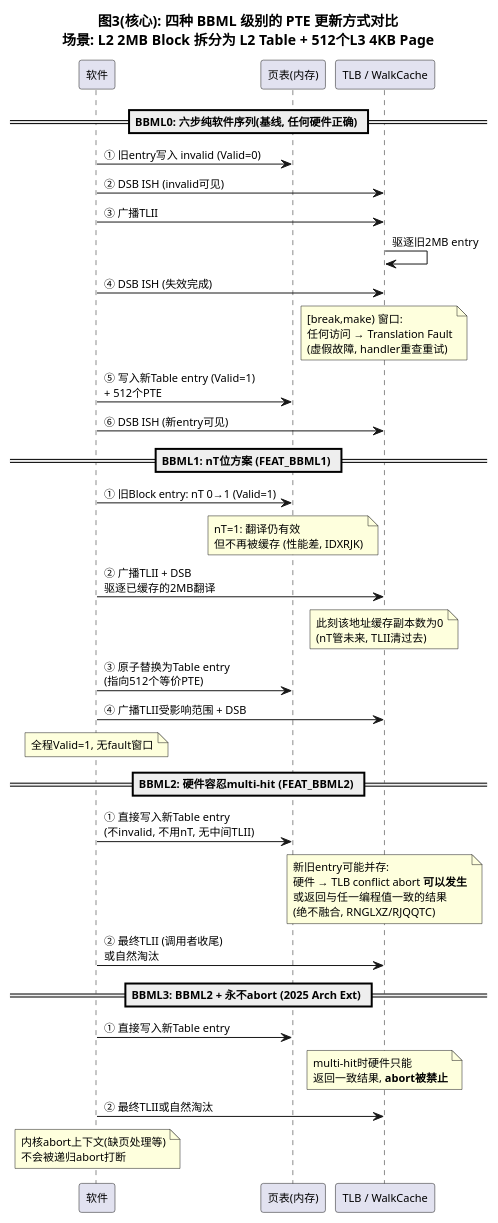
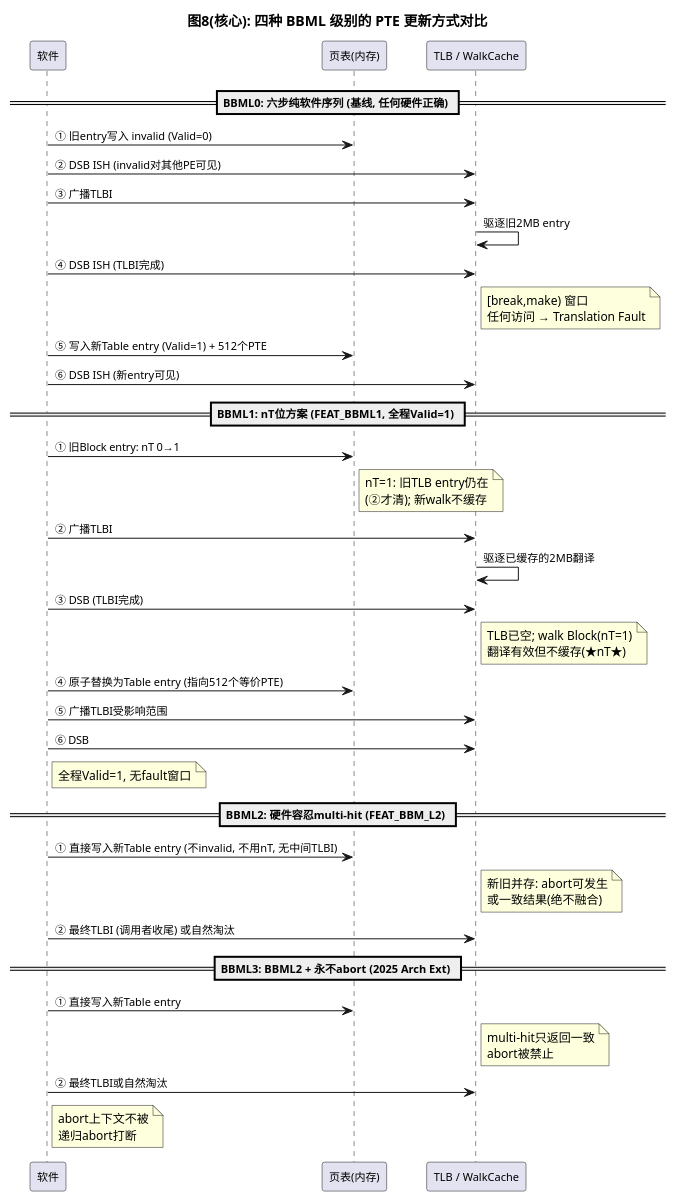
One commit to AkiraZheng/AkiraZheng.github.io changed the ninth of 13 diagrams in source/_posts/ARM64-BBML源码分析-BBML0-BBML3.md. Above: the diagram before and after it, drawn with PlantUML. The commit also changed other lines of this file and 4 other files, not shown here.

````diff
--- a/source/_posts/ARM64-BBML源码分析-BBML0-BBML3.md
+++ b/source/_posts/ARM64-BBML源码分析-BBML0-BBML3.md
@@ -454,45 +899,50 @@
 ```plantuml
 @startuml
 skinparam backgroundColor white
 skinparam defaultFontSize 11
-title 图3(核心): 四种 BBML 级别的 PTE 更新方式对比\n场景: L2 2MB Block 拆分为 L2 Table + 512个L3 4KB Page
+skinparam noteFontSize 12
+skinparam ParticipantPadding 15
+title 图8(核心): 四种 BBML 级别的 PTE 更新方式对比
 
 participant "软件" as SW
 participant "页表(内存)" as PT
 participant "TLB / WalkCache" as TLB
 
-== BBML0: 六步纯软件序列(基线, 任何硬件正确) ==
+== BBML0: 六步纯软件序列 (基线, 任何硬件正确) ==
 
 SW -> PT : ① 旧entry写入 invalid (Valid=0)
-SW -> TLB : ② DSB ISH (invalid可见)
-SW -> TLB : ③ 广播TLII
+SW -> TLB : ② DSB ISH (invalid对其他PE可见)
+SW -> TLB : ③ 广播TLBI
 TLB -> TLB : 驱逐旧2MB entry
-SW -> TLB : ④ DSB ISH (失效完成)
-note over TLB : [break,make) 窗口:\n任何访问 → Translation Fault\n(虚假故障, handler重查重试)
-SW -> PT : ⑤ 写入新Table entry (Valid=1)\n+ 512个PTE
+SW -> TLB : ④ DSB ISH (TLBI完成)
+note right of TLB : [break,make) 窗口\n任何访问 → Translation Fault
+SW -> PT : ⑤ 写入新Table entry (Valid=1) + 512个PTE
 SW -> TLB : ⑥ DSB ISH (新entry可见)
 
-== BBML1: nT位方案 (FEAT_BBML1) ==
+== BBML1: nT位方案 (FEAT_BBML1, 全程Valid=1) ==
 
-SW -> PT : ① 旧Block entry: nT 0→1 (Valid=1)
-note over PT : nT=1: 翻译仍有效\n但不再被缓存 (性能差, IDXRJK)
-SW -> TLB : ② 广播TLII + DSB\n驱逐已缓存的2MB翻译
-note over TLB : 此刻该地址缓存副本数为0\n(nT管未来, TLII清过去)
-SW -> PT : ③ 原子替换为Table entry\n(指向512个等价PTE)
-SW -> TLB : ④ 广播TLII受影响范围 + DSB
-note over SW : 全程Valid=1, 无fault窗口
+SW -> PT : ① 旧Block entry: nT 0→1
+note right of PT : nT=1: 旧TLB entry仍在\n(②才清); 新walk不缓存
+SW -> TLB : ② 广播TLBI
+TLB -> TLB : 驱逐已缓存的2MB翻译
+SW -> TLB : ③ DSB (TLBI完成)
+note right of TLB : TLB已空; walk Block(nT=1)\n翻译有效但不缓存(★nT★)
+SW -> PT : ④ 原子替换为Table entry (指向512个等价PTE)
+SW -> TLB : ⑤ 广播TLBI受影响范围
+SW -> TLB : ⑥ DSB
+note right of SW : 全程Valid=1, 无fault窗口
 
-== BBML2: 硬件容忍multi-hit (FEAT_BBML2) ==
+== BBML2: 硬件容忍multi-hit (FEAT_BBM_L2) ==
 
-SW -> PT : ① 直接写入新Table entry\n(不invalid, 不用nT, 无中间TLII)
-note over TLB : 新旧entry可能并存:\n硬件 → TLB conflict abort **可以发生**\n或返回与任一编程值一致的结果\n(绝不融合, RNGLXZ/RJQQTC)
-SW -> TLB : ② 最终TLII (调用者收尾)\n或自然淘汰
+SW -> PT : ① 直接写入新Table entry (不invalid, 不用nT, 无中间TLBI)
+note right of TLB : 新旧并存: abort可发生\n或一致结果(绝不融合)
+SW -> TLB : ② 最终TLBI (调用者收尾) 或自然淘汰
 
 == BBML3: BBML2 + 永不abort (2025 Arch Ext) ==
 
 SW -> PT : ① 直接写入新Table entry
-note over TLB : multi-hit时硬件只能\n返回一致结果, **abort被禁止**
-SW -> TLB : ② 最终TLII或自然淘汰
-note over SW : 内核abort上下文(缺页处理等)\n不会被递归abort打断
+note right of TLB : multi-hit只返回一致\nabort被禁止
+SW -> TLB : ② 最终TLBI或自然淘汰
+note right of SW : abort上下文不被\n递归abort打断
 @enduml
 ```
````
